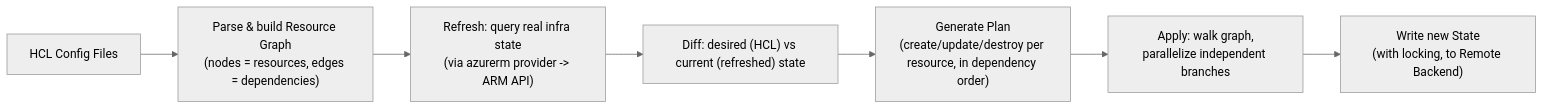
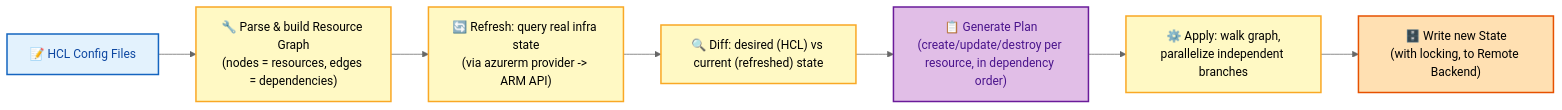
The fifth of 5 diagrams in azure/07-CONTAINERS-TERRAFORM.md (rakesh-budde/devops-guide), drawn with Mermaid (neutral theme) before and after one commit. The commit also changed other lines of this file and 73 other files, not shown here.

````diff
--- a/azure/07-CONTAINERS-TERRAFORM.md
+++ b/azure/07-CONTAINERS-TERRAFORM.md
@@ -81,9 +202,18 @@
 ```mermaid
 graph LR
-    HCL["HCL Config Files"] --> Parse["Parse & build Resource Graph<br/>(nodes = resources, edges = dependencies)"]
-    Parse --> Refresh["Refresh: query real infra state<br/>(via azurerm provider -> ARM API)"]
-    Refresh --> Diff["Diff: desired (HCL) vs current (refreshed) state"]
-    Diff --> Plan["Generate Plan<br/>(create/update/destroy per resource, in dependency order)"]
-    Plan --> Apply["Apply: walk graph,<br/>parallelize independent branches"]
-    Apply --> StateWrite["Write new State<br/>(with locking, to Remote Backend)"]
+    HCL["📝 HCL Config Files"] --> Parse["🔧 Parse & build Resource Graph<br/>(nodes = resources, edges = dependencies)"]
+    Parse --> Refresh["🔄 Refresh: query real infra state<br/>(via azurerm provider -> ARM API)"]
+    Refresh --> Diff["🔍 Diff: desired (HCL) vs current (refreshed) state"]
+    Diff --> Plan["📋 Generate Plan<br/>(create/update/destroy per resource, in dependency order)"]
+    Plan --> Apply["⚙️ Apply: walk graph,<br/>parallelize independent branches"]
+    Apply --> StateWrite["🗄️ Write new State<br/>(with locking, to Remote Backend)"]
+    classDef start fill:#e3f2fd,stroke:#1565c0,color:#0d47a1,stroke-width:2px;
+    classDef proc fill:#fff9c4,stroke:#f9a825,color:#000,stroke-width:2px;
+    classDef ctrl fill:#e1bee7,stroke:#6a1b9a,color:#4a148c,stroke-width:2px;
+    classDef store fill:#ffe0b2,stroke:#e65100,color:#000,stroke-width:2px;
+    class HCL start;
+    class Parse,Refresh,Diff proc;
+    class Plan ctrl;
+    class Apply proc;
+    class StateWrite store;
 ```
````
